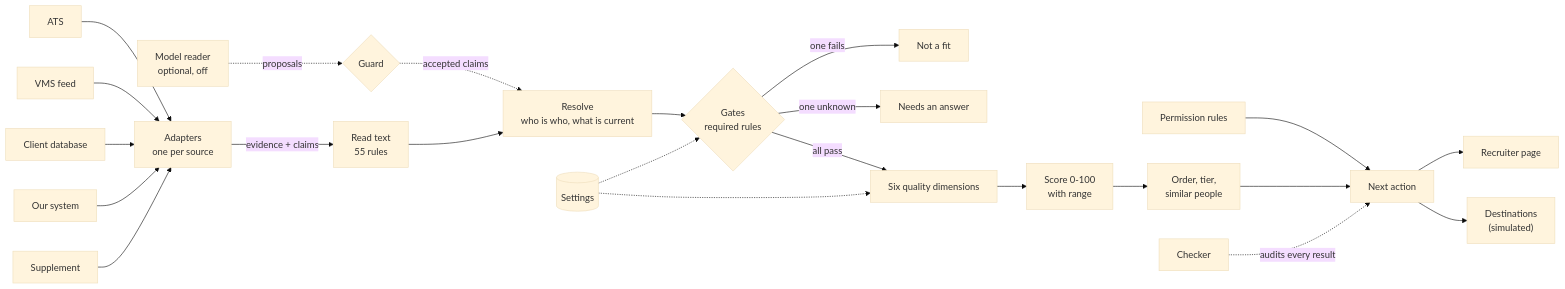
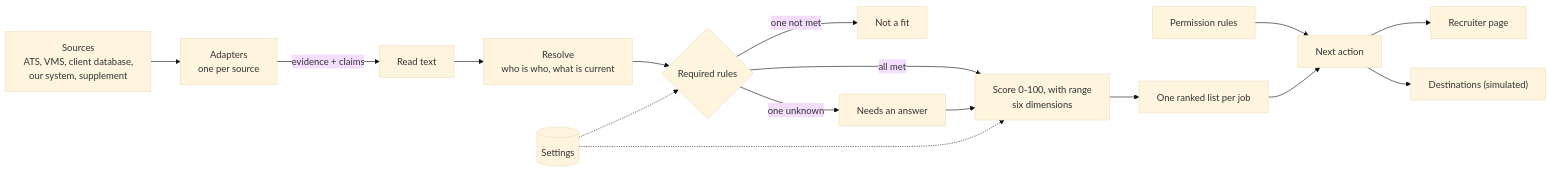
The first of 2 diagrams in docs/ARCHITECTURE.md (sukritisehgal-28/tracefit), drawn with Mermaid (base theme) before and after one commit. The commit also changed other lines of this file and 13 other files, not shown here.

````diff
--- a/docs/ARCHITECTURE.md
+++ b/docs/ARCHITECTURE.md
@@ -7,25 +7,18 @@
 ```mermaid
 flowchart LR
-  S1[ATS] --> AD
-  S2[VMS feed] --> AD
-  S3[Client database] --> AD
-  S4[Our system] --> AD
-  S5[Supplement] --> AD
-  AD["Adapters<br/>one per source"] -->|"evidence + claims"| RD["Read text<br/>55 rules"]
-  MR["Model reader<br/>optional, off"] -.->|proposals| GD{"Guard"}
-  GD -.->|"accepted claims"| RS
+  SRC["Sources<br/>ATS, VMS, client database,<br/>our system, supplement"] --> AD["Adapters<br/>one per source"]
+  AD -->|"evidence + claims"| RD["Read text"]
   RD --> RS["Resolve<br/>who is who, what is current"]
-  RS --> GT{"Gates<br/>required rules"}
-  GT -->|"one fails"| NF["Not a fit"]
+  RS --> GT{"Required rules"}
+  GT -->|"one not met"| NF["Not a fit"]
   GT -->|"one unknown"| NA["Needs an answer"]
-  GT -->|"all pass"| DM["Six quality dimensions"]
-  DM --> SC["Score 0-100<br/>with range"]
-  SC --> RK["Order, tier,<br/>similar people"]
+  GT -->|"all met"| SC["Score 0-100, with range<br/>six dimensions"]
+  NA --> SC
+  SC --> RK["One ranked list per job"]
   PR["Permission rules"] --> NX["Next action"]
   RK --> NX
   NX --> UI["Recruiter page"]
-  NX --> DS["Destinations<br/>(simulated)"]
+  NX --> DS["Destinations (simulated)"]
   CF[("Settings")] -.-> GT
-  CF -.-> DM
-  CK["Checker"] -.->|audits every result| NX
+  CF -.-> SC
 ```
````
